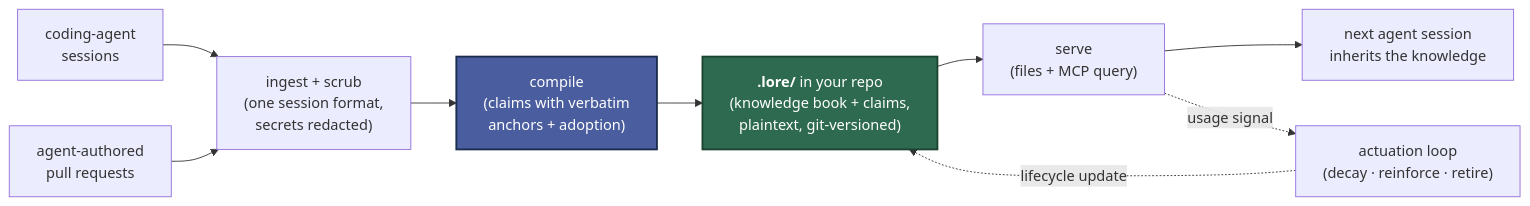
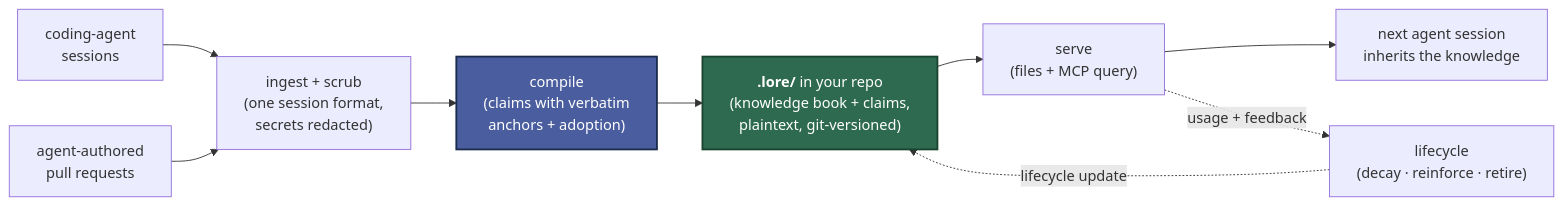
One commit to srijansk/crewlore changed the diagram in README.md. Above: the diagram before and after it, drawn with Mermaid. The commit also changed other lines of this file and 14 other files, not shown here.

````diff
--- a/README.md
+++ b/README.md
@@ -131,17 +126,17 @@
 ```mermaid
 flowchart LR
     S["coding-agent<br/>sessions"] --> I["ingest + scrub<br/>(one session format,<br/>secrets redacted)"]
     P["agent-authored<br/>pull requests"] --> I
     I --> C["compile<br/>(claims with verbatim<br/>anchors + adoption)"]
     C --> R["<b>.lore/</b> in your repo<br/>(knowledge book + claims,<br/>plaintext, git-versioned)"]
     R --> SV["serve<br/>(files + MCP query)"]
     SV --> N["next agent session<br/>inherits the knowledge"]
 
-    SV -. "usage signal" .-> AL["actuation loop<br/>(decay · reinforce · retire)"]
+    SV -. "usage + feedback" .-> AL["lifecycle<br/>(decay · reinforce · retire)"]
     AL -. "lifecycle update" .-> R
 
     classDef engine fill:#4a5d9e,stroke:#1a2c4d,color:#fff,stroke-width:2px
     classDef artifact fill:#2d6a4f,stroke:#1b4332,color:#fff,stroke-width:2px
     class C engine
     class R artifact
 ```
````
